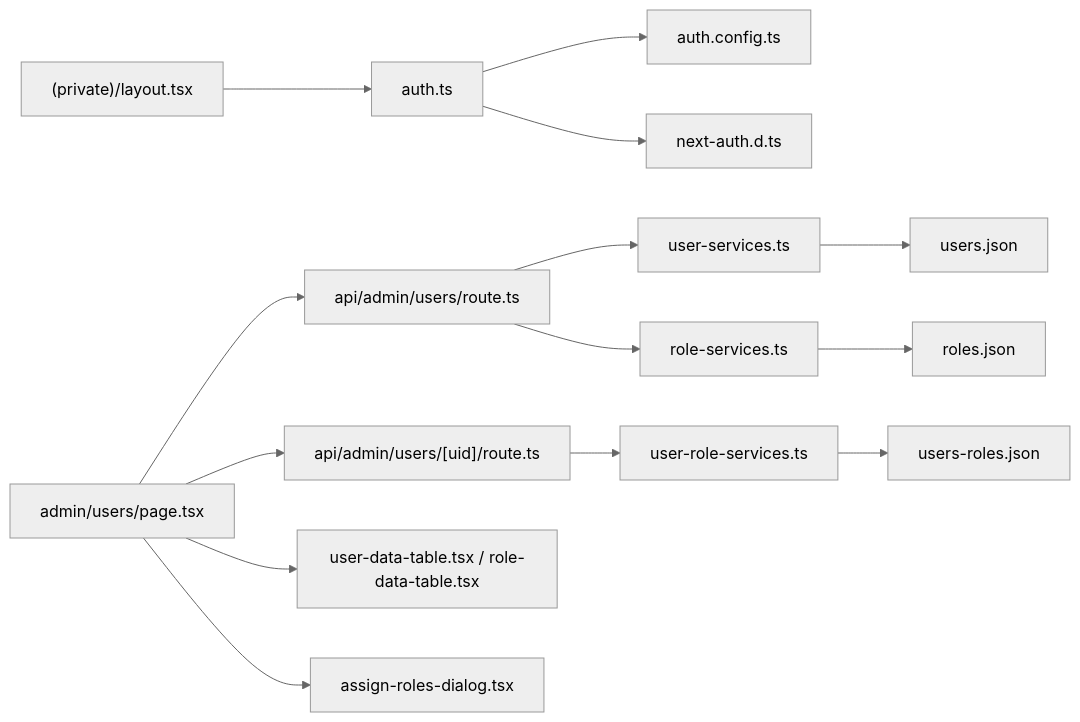
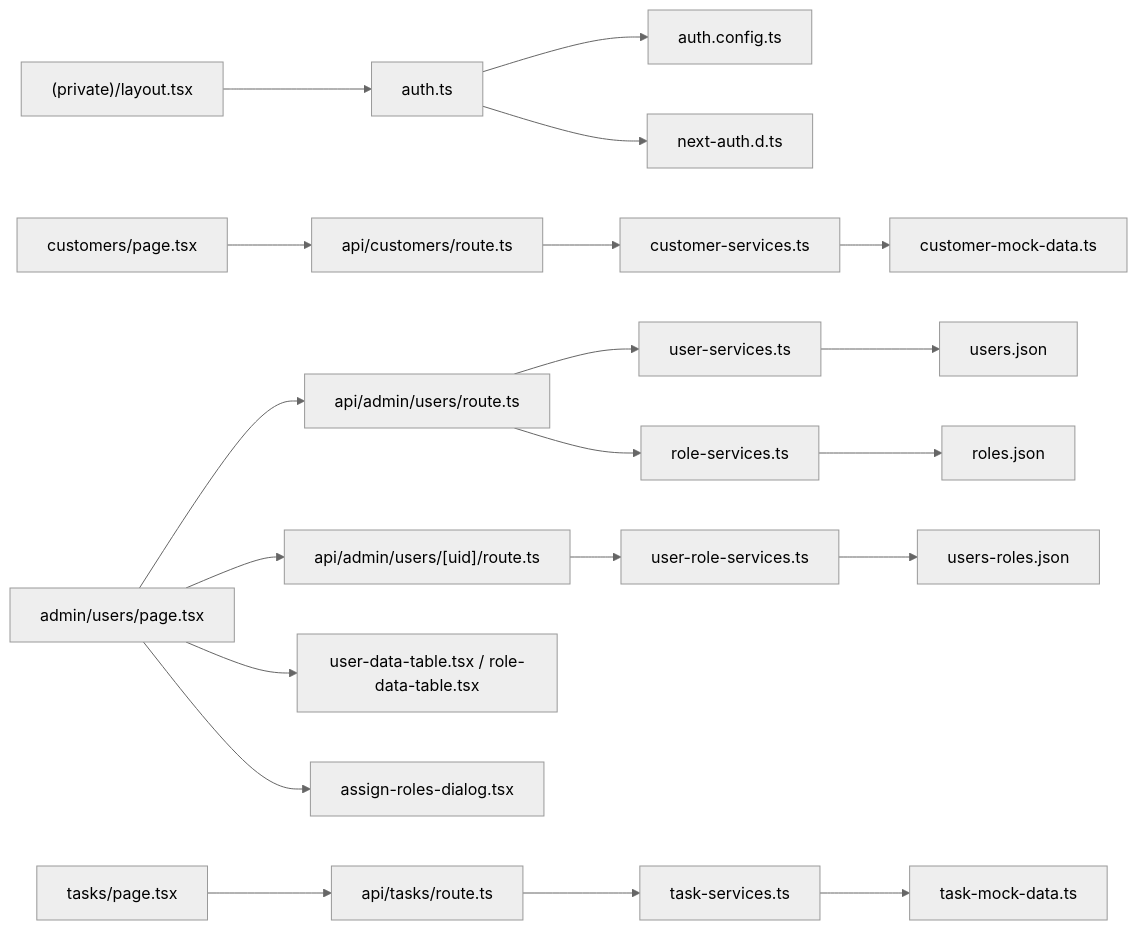
The eighth of 8 diagrams in .qoder/repowiki/en/content/Authentication & Authorization/Role-Based Access Control/Role-Based Access Control.md (ngothanhtung/claude-code-shadcn-dashboard), drawn with Mermaid (neutral theme) before and after one commit. The commit also changed other lines of this file and 165 other files, not shown here.

````diff
--- a/.qoder/repowiki/en/content/Authentication & Authorization/Role-Based Access Control/Role-Based Access Control.md
+++ b/.qoder/repowiki/en/content/Authentication & Authorization/Role-Based Access Control/Role-Based Access Control.md
@@ -408,16 +603,22 @@
 ```mermaid
 graph LR
 Auth["auth.ts"] --> Config["auth.config.ts"]
 Auth --> Types["next-auth.d.ts"]
 PrivateLayout["(private)/layout.tsx"] --> Auth
 AdminPage["admin/users/page.tsx"] --> APIUsers["api/admin/users/route.ts"]
 AdminPage --> APIUid["api/admin/users/[uid]/route.ts"]
+CustomerPage["customers/page.tsx"] --> APICustomers["api/customers/route.ts"]
+TaskPage["tasks/page.tsx"] --> APITasks["api/tasks/route.ts"]
 APIUsers --> UserService["user-services.ts"]
 APIUsers --> RoleService["role-services.ts"]
 APIUid --> UserRoleService["user-role-services.ts"]
+APICustomers --> CustomerService["customer-services.ts"]
+APITasks --> TaskService["task-services.ts"]
 UserService --> UsersJSON["users.json"]
 RoleService --> RolesJSON["roles.json"]
 UserRoleService --> UsersRolesJSON["users-roles.json"]
+CustomerService --> CustomerMock["customer-mock-data.ts"]
+TaskService --> TaskMock["task-mock-data.ts"]
 AdminPage --> DataTables["user-data-table.tsx / role-data-table.tsx"]
 AdminPage --> AssignDialog["assign-roles-dialog.tsx"]
 ```
````
